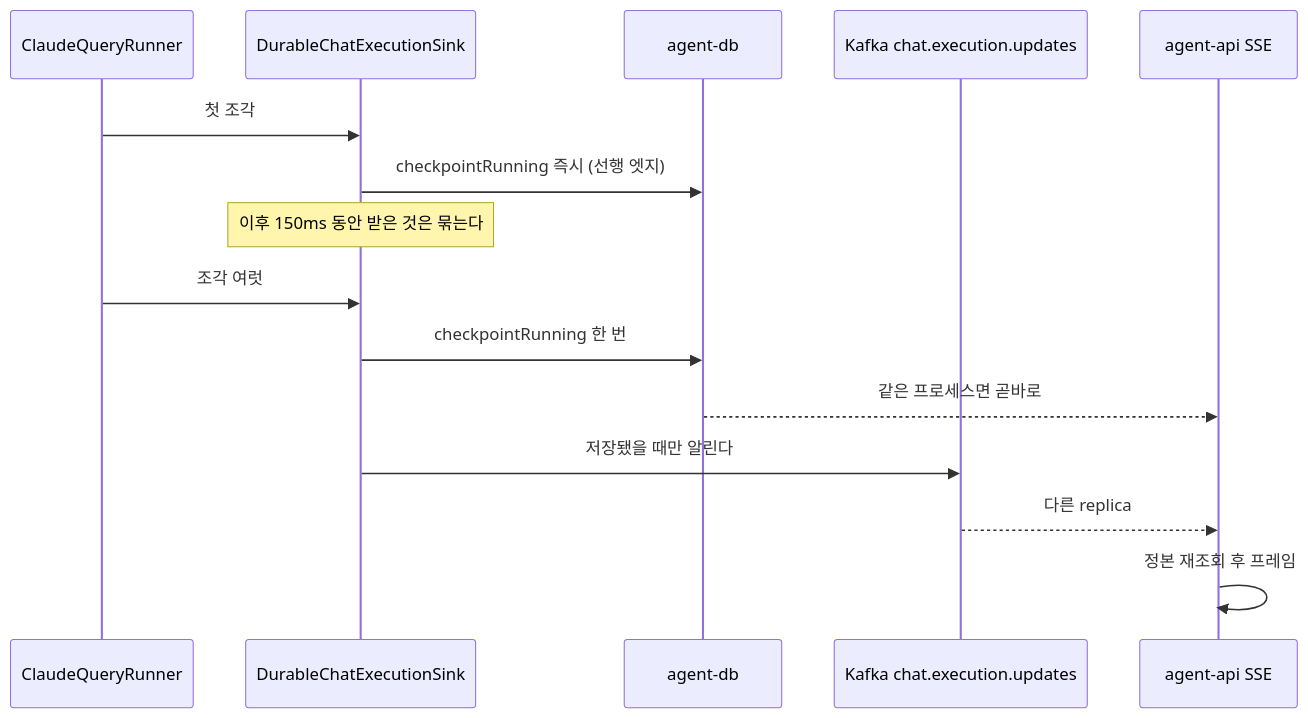
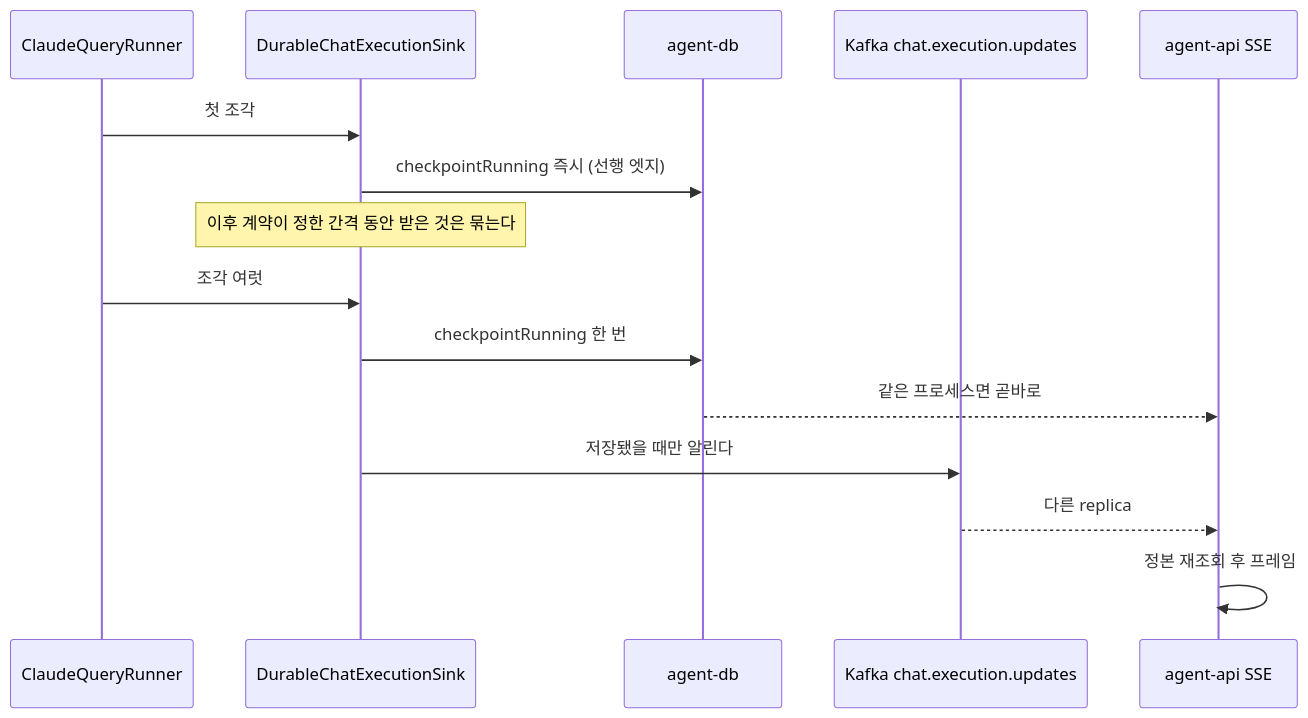
One commit to agent-tracer/tracer-agent-ts changed the sixth of 8 diagrams in services/agent-worker/src/domain/chat/README.md. Above: the diagram before and after it, drawn with Mermaid. The commit also changed other lines of this file, not shown here.

Commit message:
docs(agent-worker): 적는 간격을 계약이 갖는다고 적는다
문서가 수치를 옮겨 적지 않고 계약과 그것을 읽는 자리를 가리킨다.

````diff
--- a/services/agent-worker/src/domain/chat/README.md
+++ b/services/agent-worker/src/domain/chat/README.md
@@ -169,18 +169,18 @@
 ```mermaid
 sequenceDiagram
     participant Q as ClaudeQueryRunner
     participant S as DurableChatExecutionSink
     participant D as agent-db
     participant K as Kafka chat.execution.updates
     participant A as agent-api SSE
 
     Q->>S: 첫 조각
     S->>D: checkpointRunning 즉시 (선행 엣지)
-    Note over S: 이후 150ms 동안 받은 것은 묶는다
+    Note over S: 이후 계약이 정한 간격 동안 받은 것은 묶는다
     Q->>S: 조각 여럿
     S->>D: checkpointRunning 한 번
     D-->>A: 같은 프로세스면 곧바로
     S->>K: 저장됐을 때만 알린다
     K-->>A: 다른 replica
     A->>A: 정본 재조회 후 프레임
 ```
````
